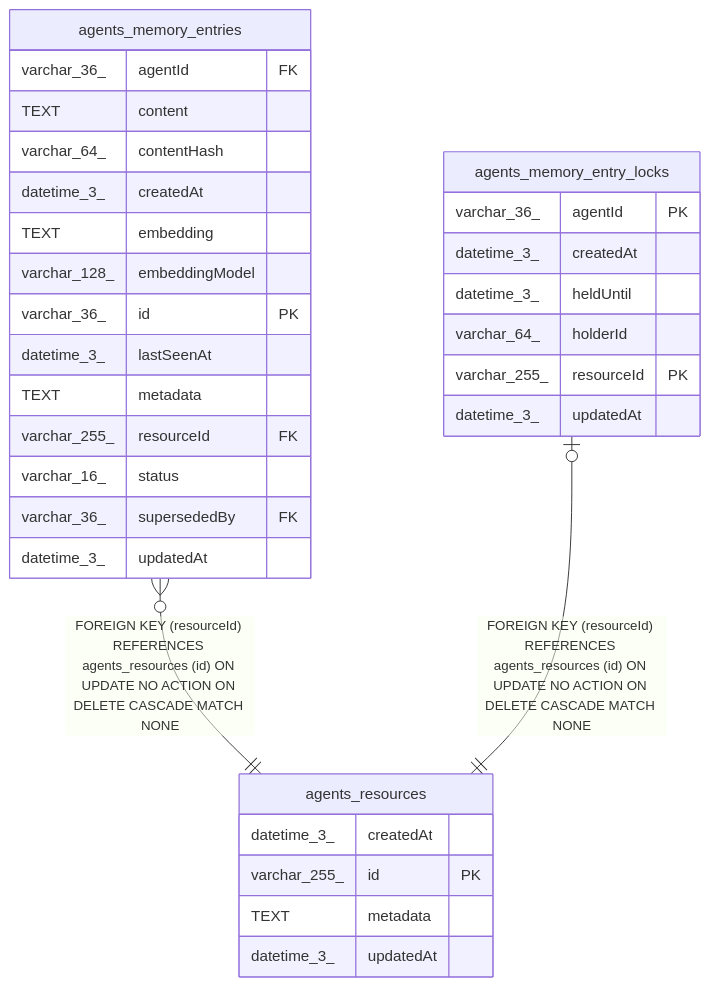
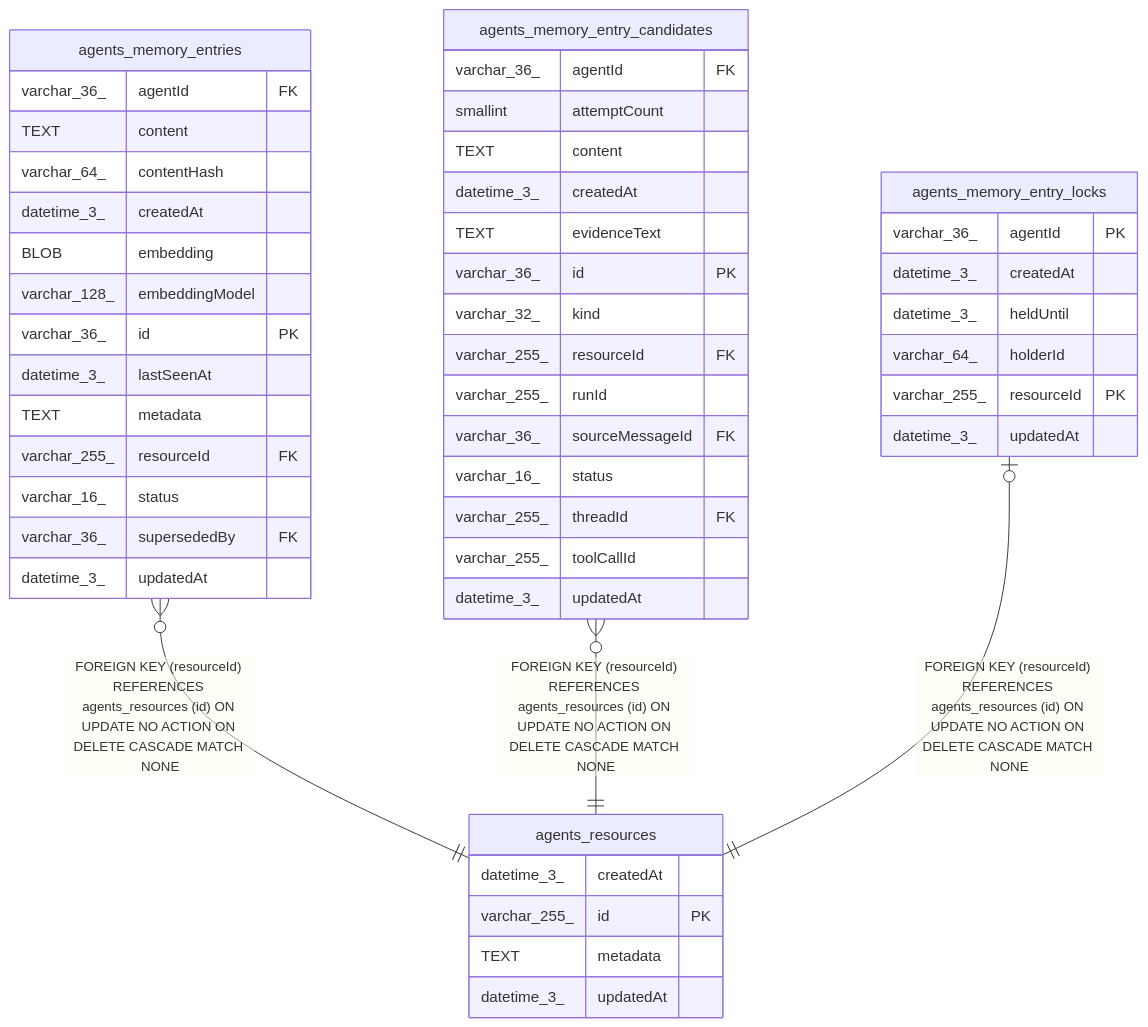
The diagram in n8n_integration/n8n_source/docs/generated/sqlite-schema/agents_resources.md (koreatest12/studys), drawn with Mermaid before and after one commit. The commit also changed other lines of this file and 23019 other files, not shown here.

````diff
--- a/n8n_integration/n8n_source/docs/generated/sqlite-schema/agents_resources.md
+++ b/n8n_integration/n8n_source/docs/generated/sqlite-schema/agents_resources.md
@@ -38,36 +38,53 @@
 ```mermaid
 erDiagram
 
 "agents_memory_entries" }o--|| "agents_resources" : "FOREIGN KEY (resourceId) REFERENCES agents_resources (id) ON UPDATE NO ACTION ON DELETE CASCADE MATCH NONE"
+"agents_memory_entry_candidates" }o--|| "agents_resources" : "FOREIGN KEY (resourceId) REFERENCES agents_resources (id) ON UPDATE NO ACTION ON DELETE CASCADE MATCH NONE"
 "agents_memory_entry_locks" |o--|| "agents_resources" : "FOREIGN KEY (resourceId) REFERENCES agents_resources (id) ON UPDATE NO ACTION ON DELETE CASCADE MATCH NONE"
 
 "agents_resources" {
   datetime_3_ createdAt
   varchar_255_ id PK
   TEXT metadata
   datetime_3_ updatedAt
 }
 "agents_memory_entries" {
   varchar_36_ agentId FK
   TEXT content
   varchar_64_ contentHash
   datetime_3_ createdAt
-  TEXT embedding
+  BLOB embedding
   varchar_128_ embeddingModel
   varchar_36_ id PK
   datetime_3_ lastSeenAt
   TEXT metadata
   varchar_255_ resourceId FK
   varchar_16_ status
   varchar_36_ supersededBy FK
+  datetime_3_ updatedAt
+}
+"agents_memory_entry_candidates" {
+  varchar_36_ agentId FK
+  smallint attemptCount
+  TEXT content
+  datetime_3_ createdAt
+  TEXT evidenceText
+  varchar_36_ id PK
+  varchar_32_ kind
+  varchar_255_ resourceId FK
+  varchar_255_ runId
+  varchar_36_ sourceMessageId FK
+  varchar_16_ status
+  varchar_255_ threadId FK
+  varchar_255_ toolCallId
   datetime_3_ updatedAt
 }
 "agents_memory_entry_locks" {
   varchar_36_ agentId PK
   datetime_3_ createdAt
   datetime_3_ heldUntil
   varchar_64_ holderId
   varchar_255_ resourceId PK
   datetime_3_ updatedAt
 }
 ```
````
